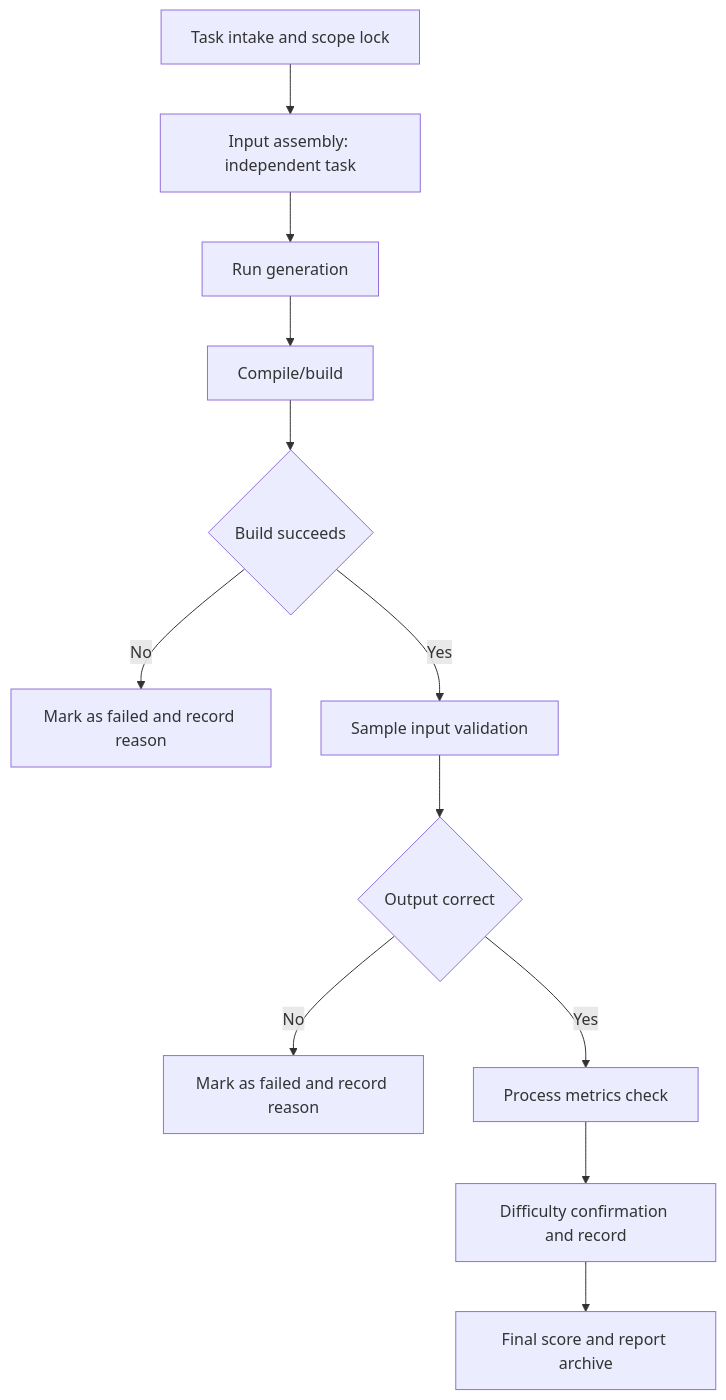
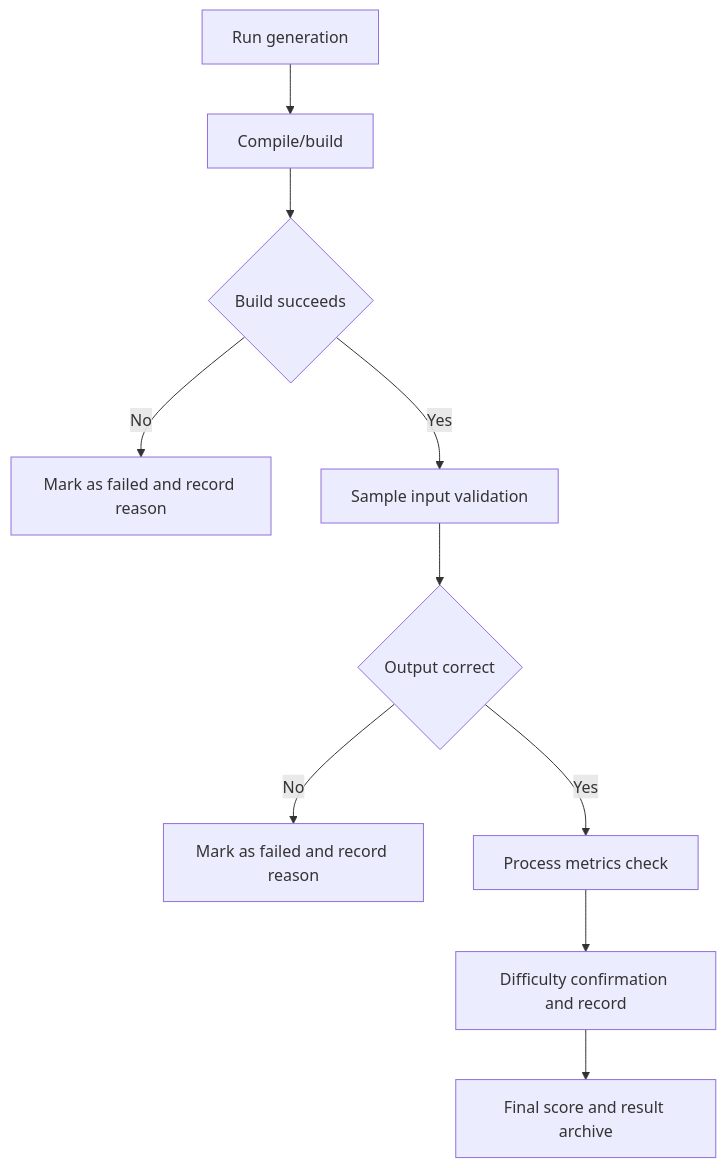
One commit to ShinagawaSimo/code-generation-evaluation changed the diagram in docs/en/independent_gen_eval_flow.md. Above: the diagram before and after it, drawn with Mermaid. The commit also changed other lines of this file and 45 other files, not shown here.

````diff
--- a/docs/en/independent_gen_eval_flow.md
+++ b/docs/en/independent_gen_eval_flow.md
@@ -3,14 +3,12 @@
 ```mermaid
 graph TD
-   A[Task intake and scope lock] --> B[Input assembly: independent task]
-   B --> C[Run generation]
-   C --> D[Compile/build]
-   D --> E{Build succeeds}
-   E -->|No| F[Mark as failed and record reason]
-   E -->|Yes| G[Sample input validation]
-   G --> H{Output correct}
-   H -->|No| I[Mark as failed and record reason]
-   H -->|Yes| J[Process metrics check]
-   J --> K[Difficulty confirmation and record]
-   K --> N[Final score and report archive]
+   A[Run generation] --> B[Compile/build]
+   B --> C{Build succeeds}
+   C -->|No| D[Mark as failed and record reason]
+   C -->|Yes| E[Sample input validation]
+   E --> F{Output correct}
+   F -->|No| G[Mark as failed and record reason]
+   F -->|Yes| H[Process metrics check]
+   H --> I[Difficulty confirmation and record]
+   I --> J[Final score and result archive]
 ```
````
